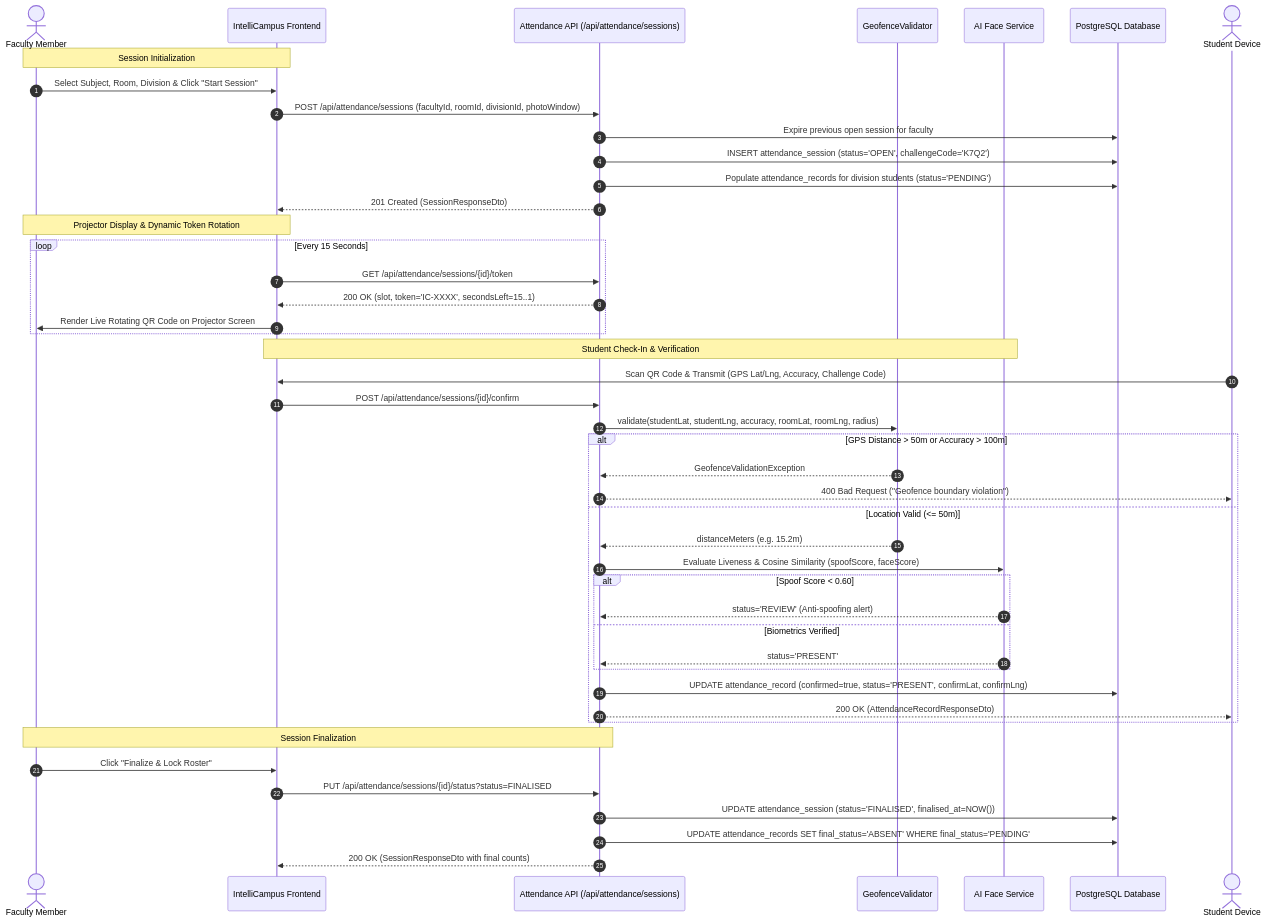
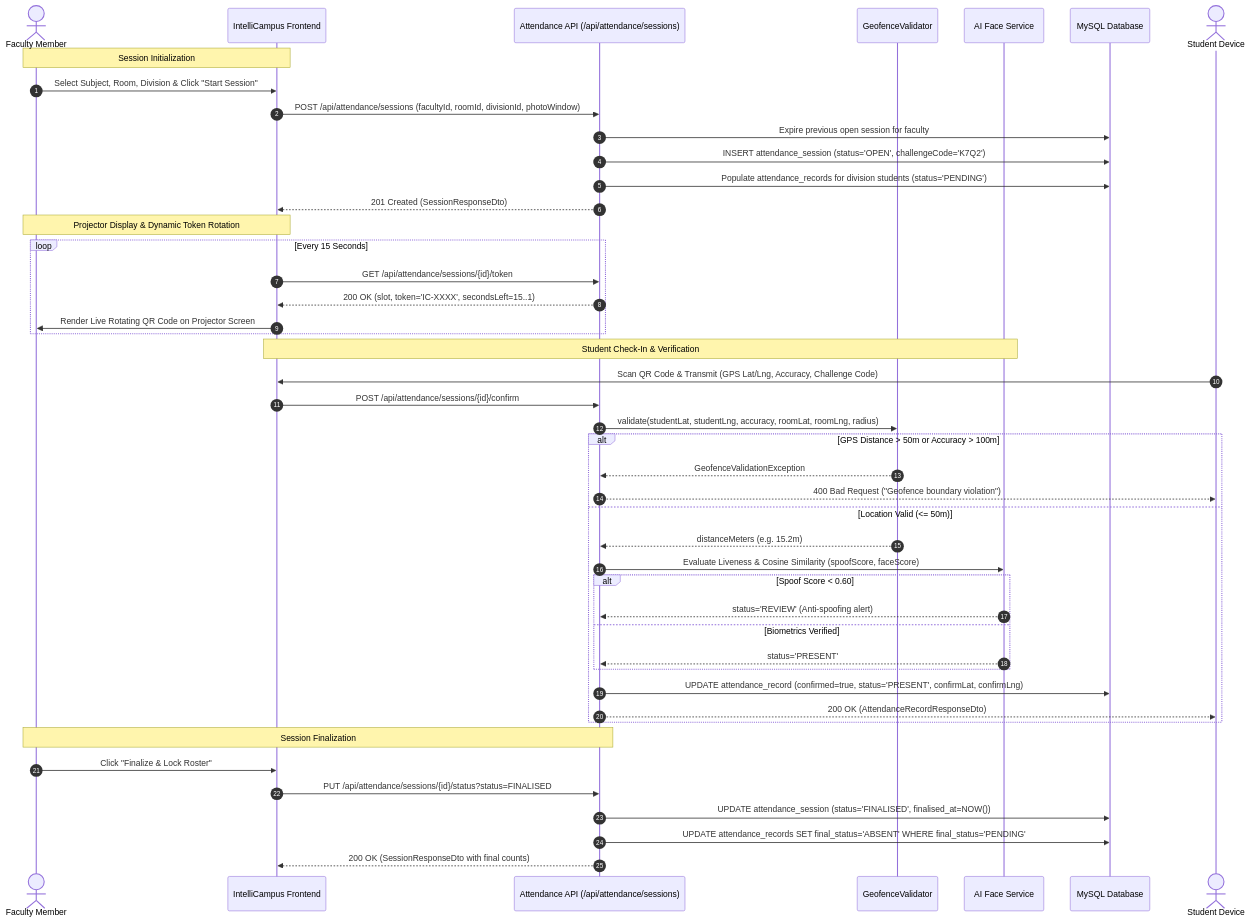
One commit to vaishnavibodakhe/IntelliCampus changed the diagram in docs/ATTENDANCE.md. Above: the diagram before and after it, drawn with Mermaid. The commit also changed 3 other files, not shown here.

Commit message:
docs: correct database references to MySQL 8

````diff
--- a/docs/ATTENDANCE.md
+++ b/docs/ATTENDANCE.md
@@ -68,52 +68,52 @@
 ```mermaid
 sequenceDiagram
     autonumber
     actor Faculty as Faculty Member
     participant UI as IntelliCampus Frontend
     participant API as Attendance API (/api/attendance/sessions)
     participant Geo as GeofenceValidator
     participant AI as AI Face Service
-    participant DB as PostgreSQL Database
+    participant DB as MySQL Database
 
     Note over Faculty,UI: Session Initialization
     Faculty->>UI: Select Subject, Room, Division & Click "Start Session"
     UI->>API: POST /api/attendance/sessions (facultyId, roomId, divisionId, photoWindow)
     API->>DB: Expire previous open session for faculty
     API->>DB: INSERT attendance_session (status='OPEN', challengeCode='K7Q2')
     API->>DB: Populate attendance_records for division students (status='PENDING')
     API-->>UI: 201 Created (SessionResponseDto)
 
     Note over Faculty,UI: Projector Display & Dynamic Token Rotation
     loop Every 15 Seconds
         UI->>API: GET /api/attendance/sessions/{id}/token
         API-->>UI: 200 OK (slot, token='IC-XXXX', secondsLeft=15..1)
         UI->>Faculty: Render Live Rotating QR Code on Projector Screen
     end
 
     Note over UI,AI: Student Check-In & Verification
     actor Student as Student Device
     Student->>UI: Scan QR Code & Transmit (GPS Lat/Lng, Accuracy, Challenge Code)
     UI->>API: POST /api/attendance/sessions/{id}/confirm
     API->>Geo: validate(studentLat, studentLng, accuracy, roomLat, roomLng, radius)
     alt GPS Distance > 50m or Accuracy > 100m
         Geo-->>API: GeofenceValidationException
         API-->>Student: 400 Bad Request ("Geofence boundary violation")
     else Location Valid (<= 50m)
         Geo-->>API: distanceMeters (e.g. 15.2m)
         API->>AI: Evaluate Liveness & Cosine Similarity (spoofScore, faceScore)
         alt Spoof Score < 0.60
             AI-->>API: status='REVIEW' (Anti-spoofing alert)
         else Biometrics Verified
             AI-->>API: status='PRESENT'
         end
         API->>DB: UPDATE attendance_record (confirmed=true, status='PRESENT', confirmLat, confirmLng)
         API-->>Student: 200 OK (AttendanceRecordResponseDto)
     end
 
     Note over Faculty,API: Session Finalization
     Faculty->>UI: Click "Finalize & Lock Roster"
     UI->>API: PUT /api/attendance/sessions/{id}/status?status=FINALISED
     API->>DB: UPDATE attendance_session (status='FINALISED', finalised_at=NOW())
     API->>DB: UPDATE attendance_records SET final_status='ABSENT' WHERE final_status='PENDING'
     API-->>UI: 200 OK (SessionResponseDto with final counts)
 ```
````
